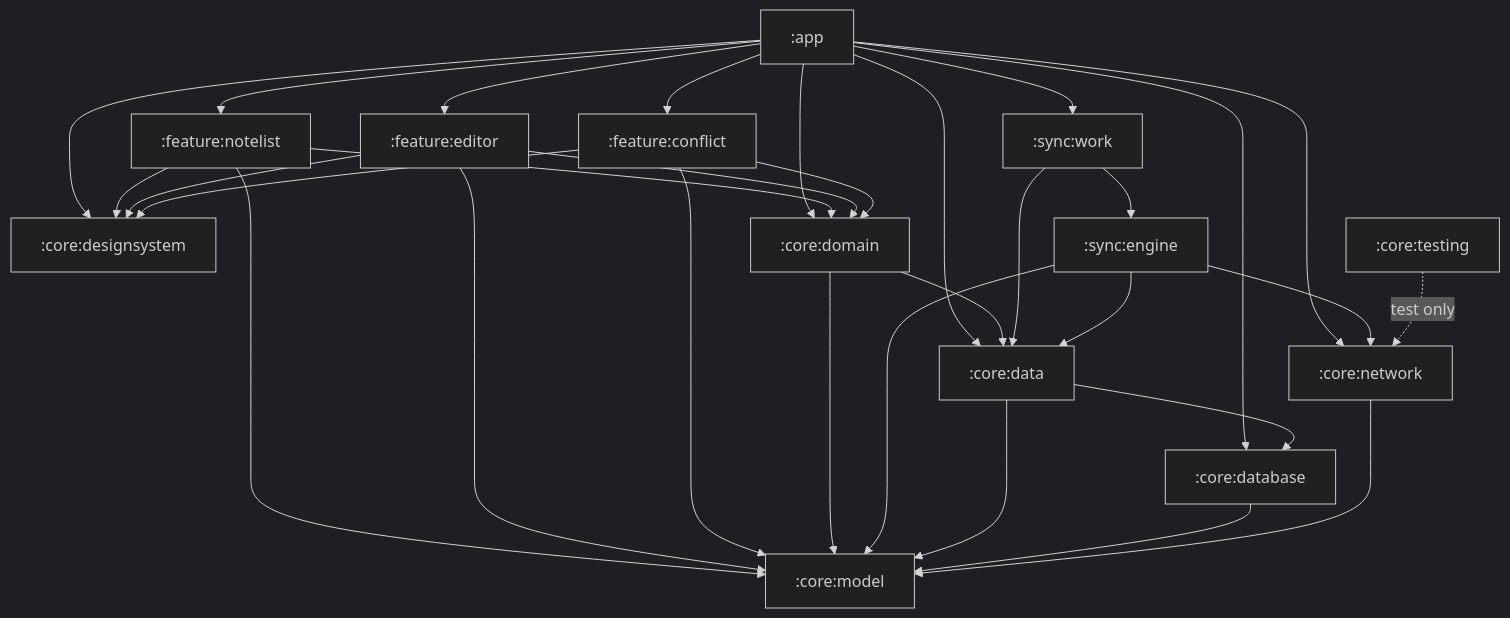
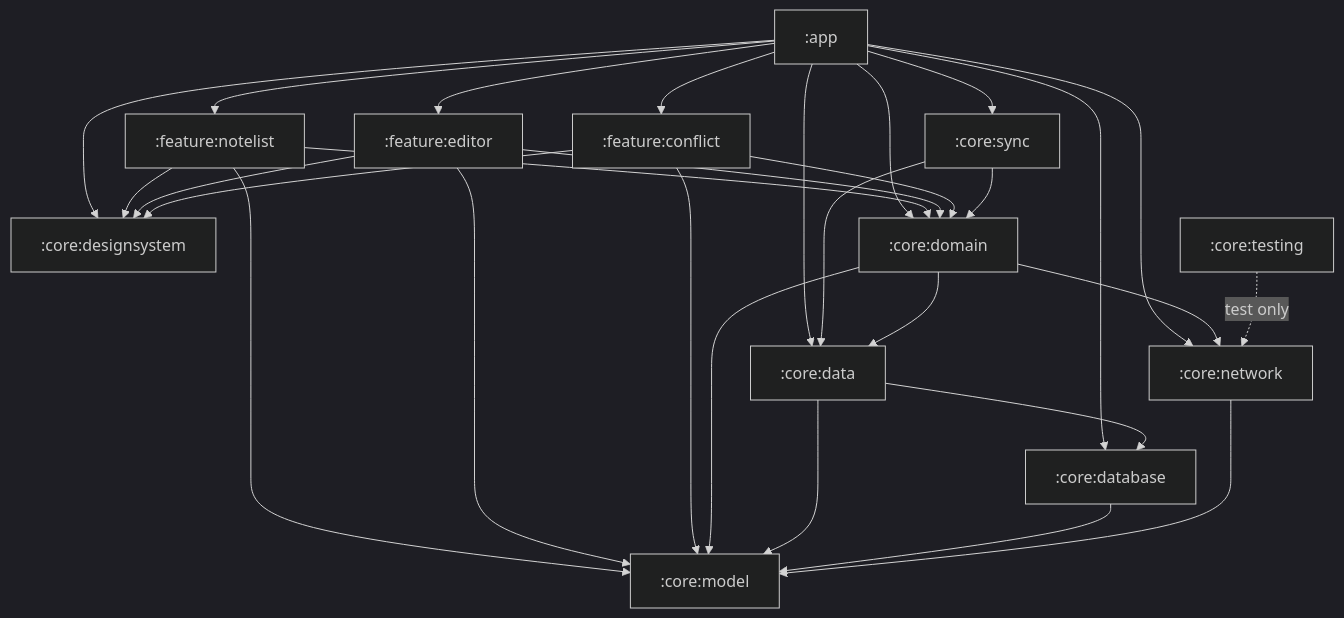
Before and after one commit to savvasg28/offline-notes: the second of 4 diagrams in README.md, drawn with Mermaid (dark theme). The commit also changed other lines of this file and 24 other files, not shown here.

````diff
--- a/README.md
+++ b/README.md
@@ -52,29 +52,27 @@
 ```mermaid
 flowchart TD
     app[":app"]
     fnl[":feature:notelist"]
     fed[":feature:editor"]
     fco[":feature:conflict"]
     cds[":core:designsystem"]
     cdata[":core:data"]
     cdom[":core:domain"]
-    sengine[":sync:engine"]
-    swork[":sync:work"]
+    csync[":core:sync"]
     cdb[":core:database"]
     cnet[":core:network"]
     ctest[":core:testing"]
     cmodel[":core:model"]
 
     app --> fnl & fed & fco
-    app --> cdata & cdom & cdb & cnet & cds & swork
+    app --> cdata & cdom & cdb & cnet & cds & csync
     fnl --> cmodel & cdom & cds
     fed --> cmodel & cdom & cds
     fco --> cmodel & cdom & cds
-    cdom --> cmodel & cdata
-    swork --> cdata & sengine
-    sengine --> cmodel & cdata & cnet
+    csync --> cdata & cdom
+    cdom --> cmodel & cdata & cnet
     cdata --> cmodel & cdb
     cdb --> cmodel
     cnet --> cmodel
     ctest -.test only.-> cnet
 ```
````
